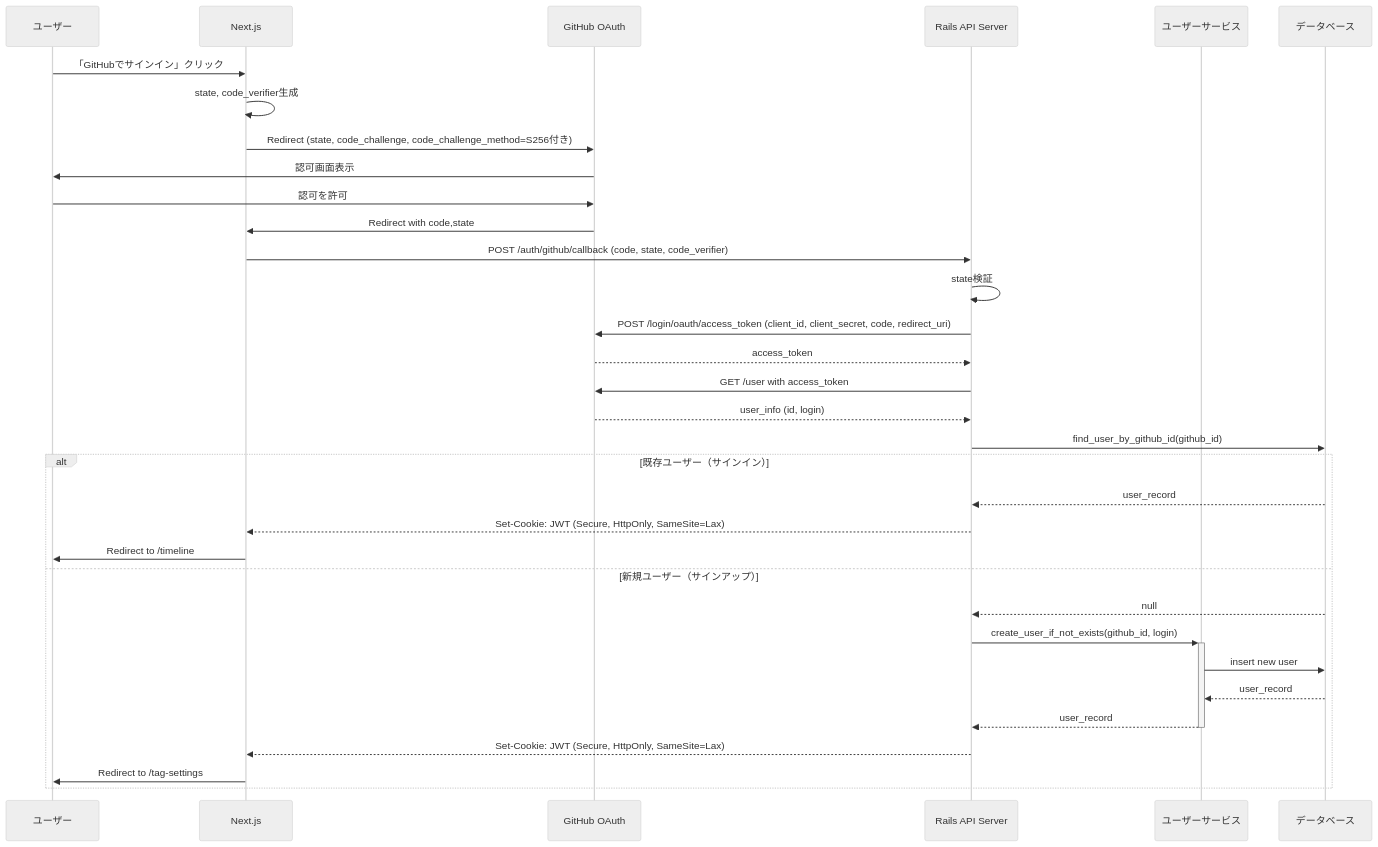
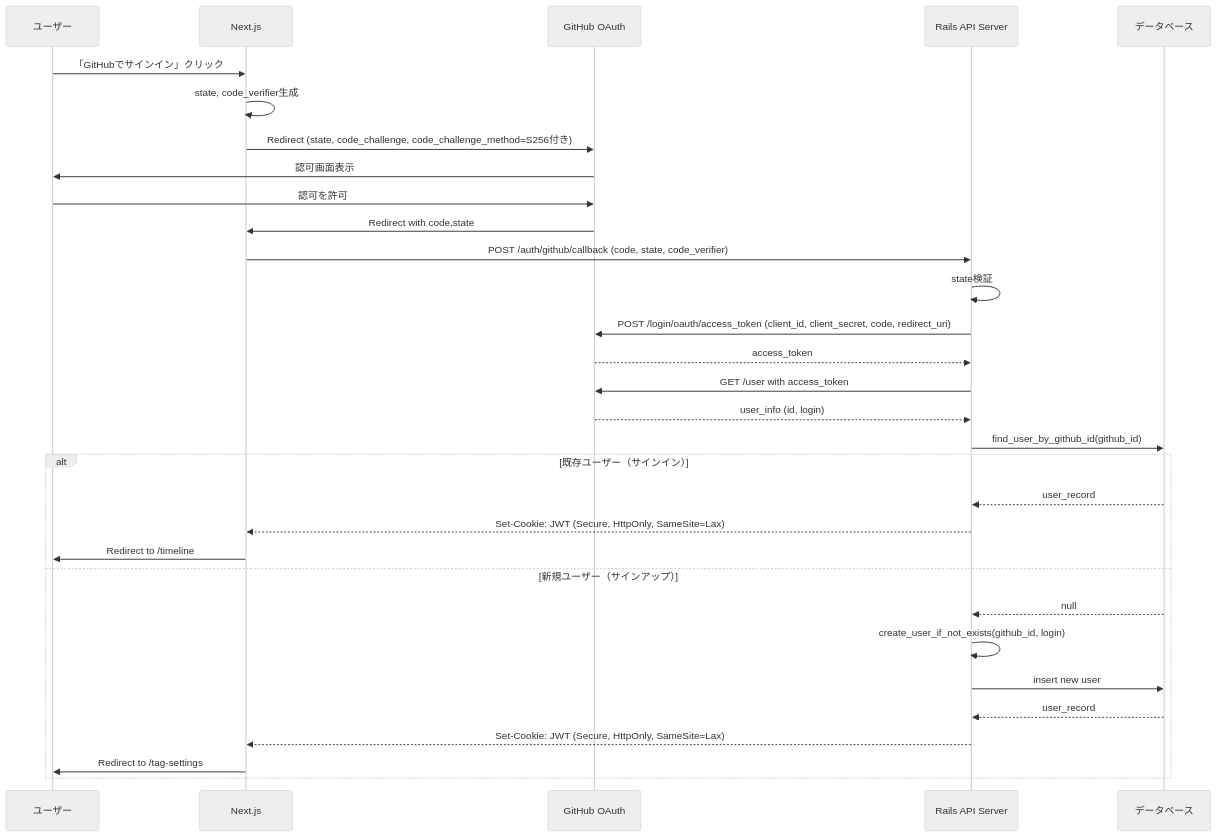
One commit to tsukuneA1/git-feed changed the diagram in signin-sequence.md. Above: the diagram before and after it, drawn with Mermaid (neutral theme).

Commit message:
UserService削除

````diff
--- a/signin-sequence.md
+++ b/signin-sequence.md
@@ -1,36 +1,34 @@
 ```mermaid
 sequenceDiagram
     participant User as ユーザー
     participant Frontend as Next.js
     participant GitHub as GitHub OAuth
     participant RailsAPI as Rails API Server
-    participant UserService as ユーザーサービス
     participant DB as データベース
 
     User ->> Frontend: 「GitHubでサインイン」クリック
     Frontend ->> Frontend: state, code_verifier生成
     Frontend ->> GitHub: Redirect (state, code_challenge, code_challenge_method=S256付き)
     GitHub ->> User: 認可画面表示
     User ->> GitHub: 認可を許可
     GitHub ->> Frontend: Redirect with code,state
     Frontend ->> RailsAPI: POST /auth/github/callback (code, state, code_verifier)
     RailsAPI ->> RailsAPI: state検証
     RailsAPI ->> GitHub: POST /login/oauth/access_token (client_id, client_secret, code, redirect_uri)
     GitHub -->> RailsAPI: access_token
     RailsAPI ->> GitHub: GET /user with access_token
     GitHub -->> RailsAPI: user_info (id, login)
     RailsAPI ->> DB: find_user_by_github_id(github_id)
     alt 既存ユーザー（サインイン）
         DB -->> RailsAPI: user_record
         RailsAPI -->> Frontend: Set-Cookie: JWT (Secure, HttpOnly, SameSite=Lax)
         Frontend ->> User: Redirect to /timeline
     else 新規ユーザー（サインアップ）
         DB -->> RailsAPI: null
-        RailsAPI ->>+ UserService: create_user_if_not_exists(github_id, login)
-        UserService ->> DB: insert new user
-        DB -->> UserService: user_record
-        UserService -->>- RailsAPI: user_record
+        RailsAPI ->> RailsAPI: create_user_if_not_exists(github_id, login)
+        RailsAPI ->> DB: insert new user
+        DB -->> RailsAPI: user_record
         RailsAPI -->> Frontend: Set-Cookie: JWT (Secure, HttpOnly, SameSite=Lax)
         Frontend ->> User: Redirect to /tag-settings
     end
 ```
````
